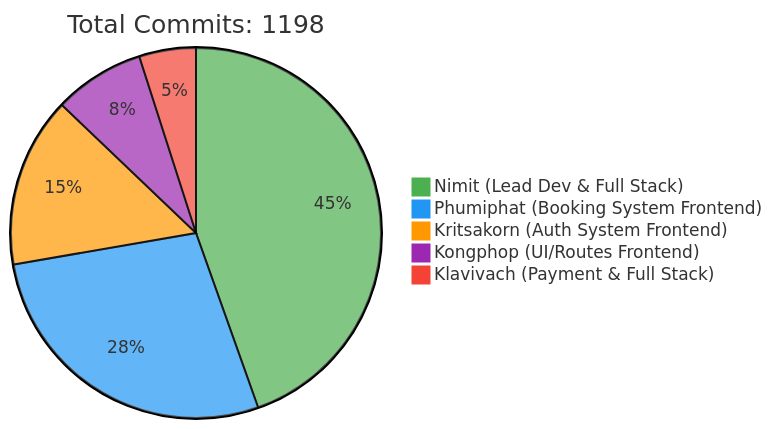
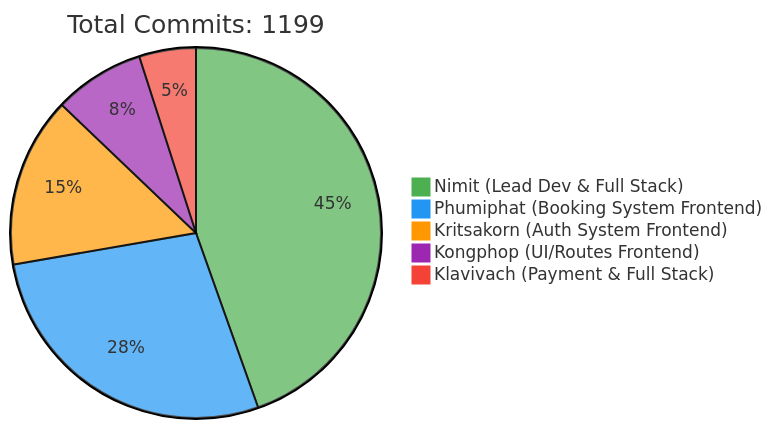
The first of 2 diagrams in README.md (6531503042/Sport-Complex), drawn with Mermaid before and after one commit. The commit also changed other lines of this file, not shown here.

Commit message:
docs: Update contributor statistics [skip ci]

````diff
--- a/README.md
+++ b/README.md
@@ -257,10 +257,10 @@
 ```mermaid
 %%{init: {'theme': 'base', 'themeVariables': { 'pie1': '#4CAF50', 'pie2': '#2196F3', 'pie3': '#FF9800', 'pie4': '#9C27B0', 'pie5': '#F44336'}}}%%
 pie
-    title Total Commits: 1198
+    title Total Commits: 1199
     "Nimit (Lead Dev & Full Stack)" : 450
     "Phumiphat (Booking System Frontend)" : 280
     "Kritsakorn (Auth System Frontend)" : 150
     "Kongphop (UI/Routes Frontend)" : 80
     "Klavivach (Payment & Full Stack)" : 50
 ```
````
